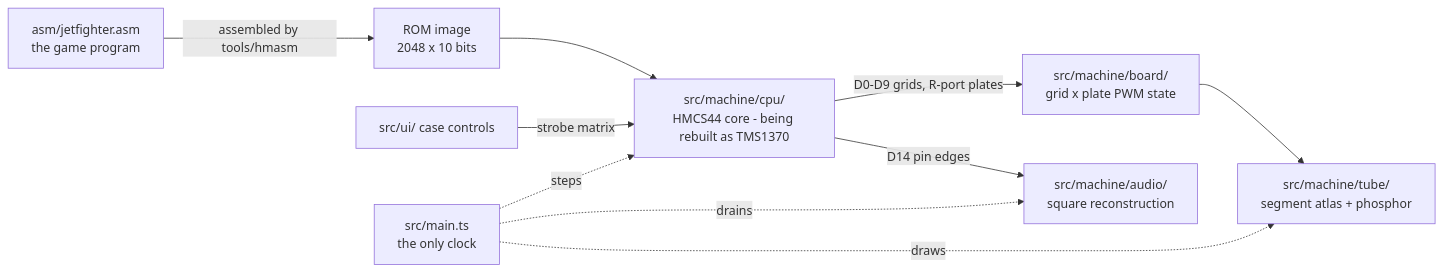
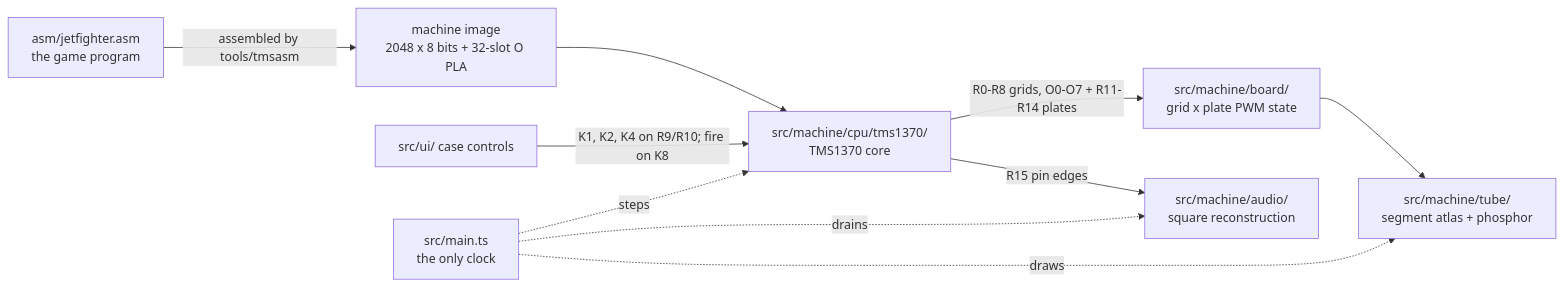
The diagram in README.md (bjcoombs/jet-fighters), drawn with Mermaid before and after one commit. The commit also changed other lines of this file and 14 other files, not shown here.

First line of the commit message:
docs: Describe the TMS1370 as the implemented architecture

````diff
--- a/README.md
+++ b/README.md
@@ -142,12 +144,12 @@
 ```mermaid
 flowchart LR
-    ASM[asm/jetfighter.asm<br/>the game program] -->|assembled by tools/hmasm| ROM[ROM image<br/>2048 x 10 bits]
-    ROM --> CPU[src/machine/cpu/<br/>HMCS44 core - being rebuilt as TMS1370]
-    SW[src/ui/ case controls] -->|strobe matrix| CPU
-    CPU -->|D0-D9 grids, R-port plates| BOARD[src/machine/board/<br/>grid x plate PWM state]
-    CPU -->|D14 pin edges| SPK[src/machine/audio/<br/>square reconstruction]
+    ASM[asm/jetfighter.asm<br/>the game program] -->|assembled by tools/tmsasm| ROM[machine image<br/>2048 x 8 bits + 32-slot O PLA]
+    ROM --> CPU[src/machine/cpu/tms1370/<br/>TMS1370 core]
+    SW[src/ui/ case controls] -->|K1, K2, K4 on R9/R10; fire on K8| CPU
+    CPU -->|R0-R8 grids, O0-O7 + R11-R14 plates| BOARD[src/machine/board/<br/>grid x plate PWM state]
+    CPU -->|R15 pin edges| SPK[src/machine/audio/<br/>square reconstruction]
     BOARD --> TUBE[src/machine/tube/<br/>segment atlas + phosphor]
     MAIN[src/main.ts<br/>the only clock] -.->|steps| CPU
     MAIN -.->|draws| TUBE
     MAIN -.->|drains| SPK
 ```
````
